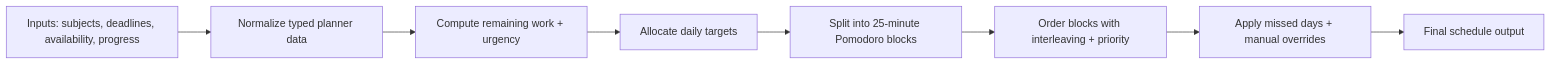
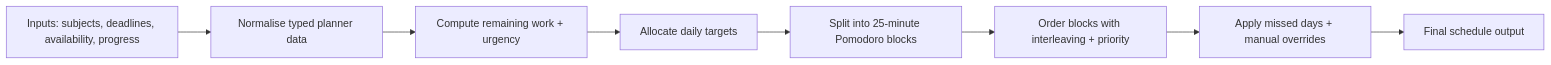
One commit to Bo0ndo2/Study-Planner changed the diagram in README.md. Above: the diagram before and after it, drawn with Mermaid. The commit also changed other lines of this file and 9 other files, not shown here.

````diff
--- a/README.md
+++ b/README.md
@@ -78,10 +165,10 @@
 ```mermaid
 flowchart LR
-  A[Inputs: subjects, deadlines, availability, progress] --> B[Normalize typed planner data]
+  A[Inputs: subjects, deadlines, availability, progress] --> B[Normalise typed planner data]
   B --> C[Compute remaining work + urgency]
   C --> D[Allocate daily targets]
   D --> E[Split into 25-minute Pomodoro blocks]
   E --> F[Order blocks with interleaving + priority]
   F --> G[Apply missed days + manual overrides]
   G --> H[Final schedule output]
 ```
````
